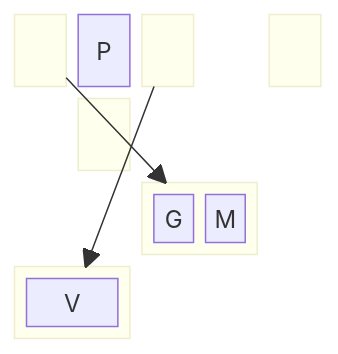
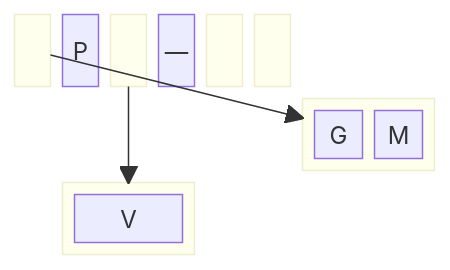
Before and after one commit to BenhurUFSM/pod26b: the second of 3 diagrams in Assuntos/busca-ext.md, drawn with Mermaid.

````diff
--- a/Assuntos/busca-ext.md
+++ b/Assuntos/busca-ext.md
@@ -7,12 +7,12 @@
 ```mermaid
 block
-  columns 5
-  block:rl1 space end P block:rl2 space end space block:rl3 space end space block:rl4 space end
-  space:5
+  columns 7
+  block:rl1 space end P block:rl2 space end — block:rl3 space end — block:rl4 space end
+  space:7
 
-  block:f1:2 G M end space
-  block:f2:2 P V end
+  block:f1:3 G M — end space
+  block:f2:3 P V — end
 
   rl1-->f1
   rl2-->f2
 ```
````
